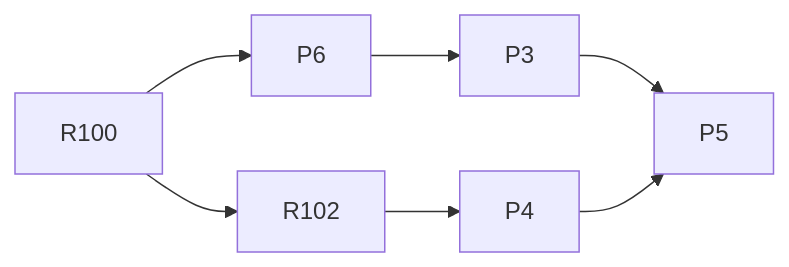
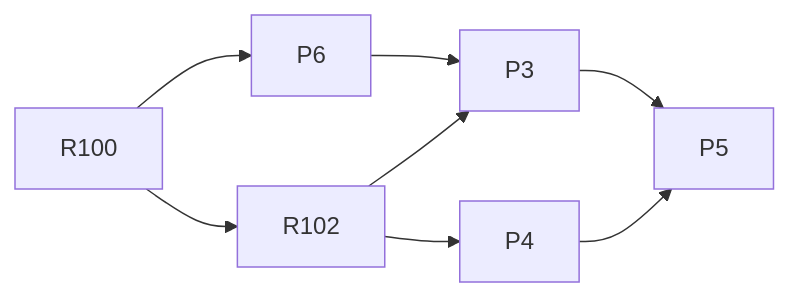
One commit to CipoBaruf/what-is-in-your-sky changed the ninth of 9 diagrams in TASKS.md. Above: the diagram before and after it, drawn with Mermaid. The commit also changed other lines of this file and 2 other files, not shown here.

````diff
--- a/TASKS.md
+++ b/TASKS.md
@@ -2716,9 +2718,10 @@
 ```mermaid
 graph LR
   R100 --> P6
   R100 --> R102
   P6 --> P3
+  R102 --> P3
   R102 --> P4
   P3 --> P5
   P4 --> P5
 ```
````
